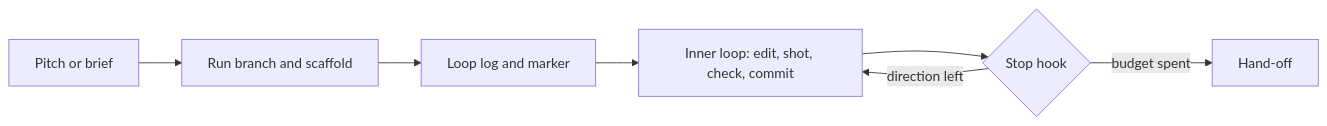
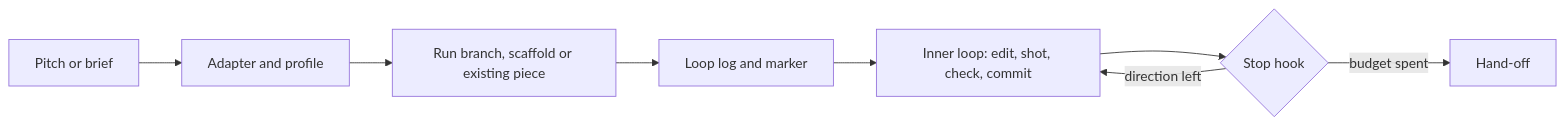
Before and after one commit to willianjusten/agent-skills: the diagram in skills/orchestration/creative-loop/README.md, drawn with Mermaid. The commit also changed other lines of this file and 2 other files, not shown here.

Commit message:
feat(creative-loop): run in any repo with an adapter, in place on an existing branch

````diff
--- a/skills/orchestration/creative-loop/README.md
+++ b/skills/orchestration/creative-loop/README.md
@@ -7,9 +7,10 @@
 ```mermaid
 flowchart LR
-  A[Pitch or brief] --> B[Run branch and scaffold]
+  A[Pitch or brief] --> R[Adapter and profile]
+  R --> B[Run branch, scaffold or existing piece]
   B --> C[Loop log and marker]
   C --> D[Inner loop: edit, shot, check, commit]
   D --> E{Stop hook}
   E -- direction left --> D
   E -- budget spent --> F[Hand-off]
 ```
````
